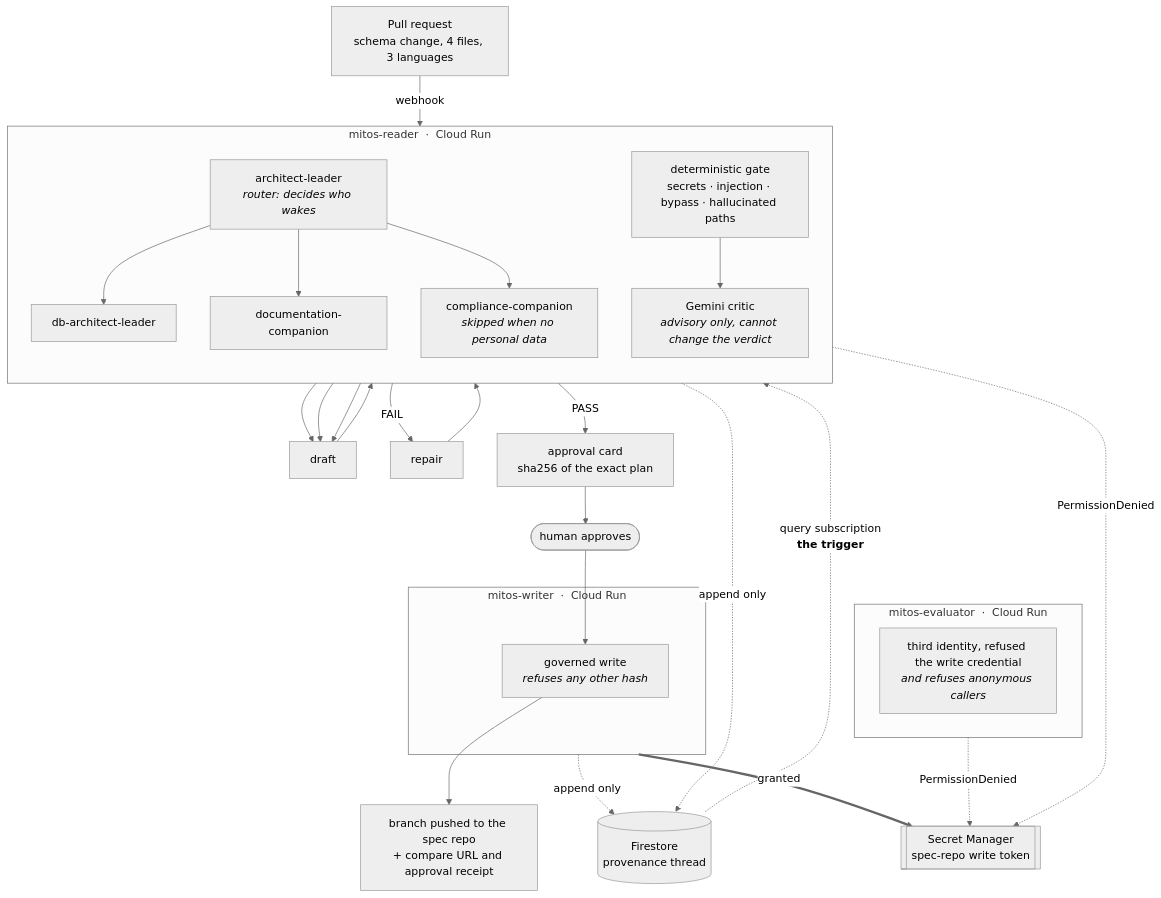
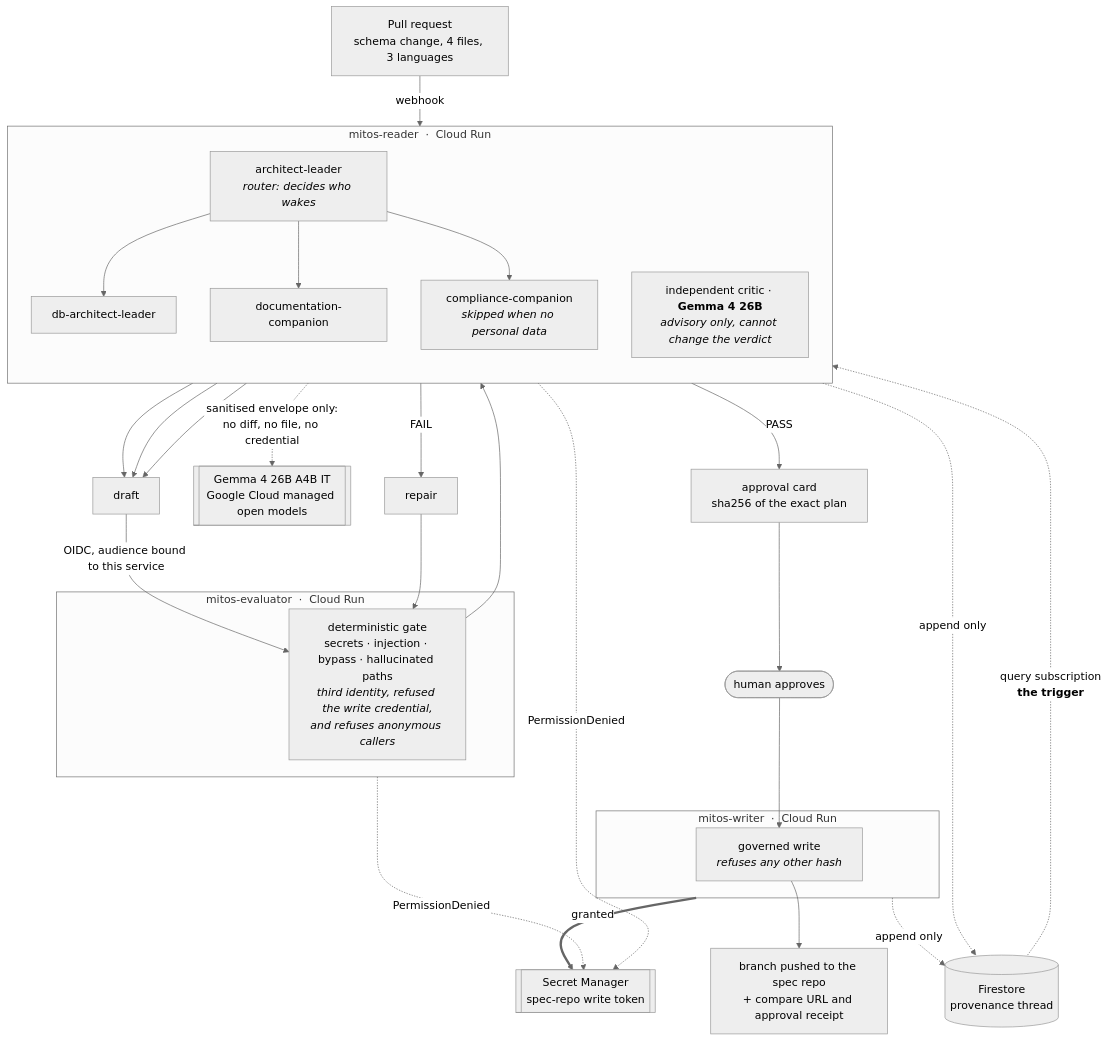
The first of 2 diagrams in README.md (upgradedev/mitos-gcp), drawn with Mermaid (neutral theme) before and after one commit. The commit also changed other lines of this file and 21 other files, not shown here.

````diff
--- a/README.md
+++ b/README.md
@@ -62,42 +63,42 @@
 ```mermaid
 flowchart TB
     PR["Pull request<br/>schema change, 4 files, 3 languages"] -->|webhook| R
     L -.->|"query subscription<br/><b>the trigger</b>"| R
 
     subgraph READER["mitos-reader &nbsp;·&nbsp; Cloud Run"]
         direction TB
         R["architect-leader<br/><i>router: decides who wakes</i>"]
         R --> S1["db-architect-leader"]
         R --> S2["documentation-companion"]
         R --> S3["compliance-companion<br/><i>skipped when no personal data</i>"]
-        G["deterministic gate<br/>secrets · injection · bypass · hallucinated paths"]
-        C["Gemini critic<br/><i>advisory only, cannot change the verdict</i>"]
-        G --> C
+        C["independent critic · <b>Gemma 4 26B</b><br/><i>advisory only, cannot change the verdict</i>"]
     end
 
     S1 & S2 & S3 --> D["draft"]
 
     subgraph EVAL["mitos-evaluator &nbsp;·&nbsp; Cloud Run"]
-        E["third identity, refused the write credential<br/><i>and refuses anonymous callers</i>"]
+        G["deterministic gate<br/>secrets · injection · bypass · hallucinated paths<br/><i>third identity, refused the write credential,<br/>and refuses anonymous callers</i>"]
     end
 
-    D --> G
+    D -->|"OIDC, audience bound to this service"| G
+    G --> C
+    C -.->|"sanitised envelope only:<br/>no diff, no file, no credential"| MAAS[["Gemma 4 26B A4B IT<br/>Google Cloud managed open models"]]
     C -->|FAIL| RE["repair"] --> G
     C -->|PASS| CARD["approval card<br/>sha256 of the exact plan"]
 
     CARD --> H(["human approves"])
 
     subgraph WRITER["mitos-writer &nbsp;·&nbsp; Cloud Run"]
         W["governed write<br/><i>refuses any other hash</i>"]
     end
 
     H --> W --> OUT["branch pushed to the spec repo<br/>+ compare URL and approval receipt"]
 
     READER -.->|append only| L[("Firestore<br/>provenance thread")]
     WRITER -.->|append only| L
 
     SEC[["Secret Manager<br/>spec-repo write token"]]
     WRITER ==>|"granted"| SEC
     READER -.->|"PermissionDenied"| SEC
     EVAL -.->|"PermissionDenied"| SEC
 ```
````
